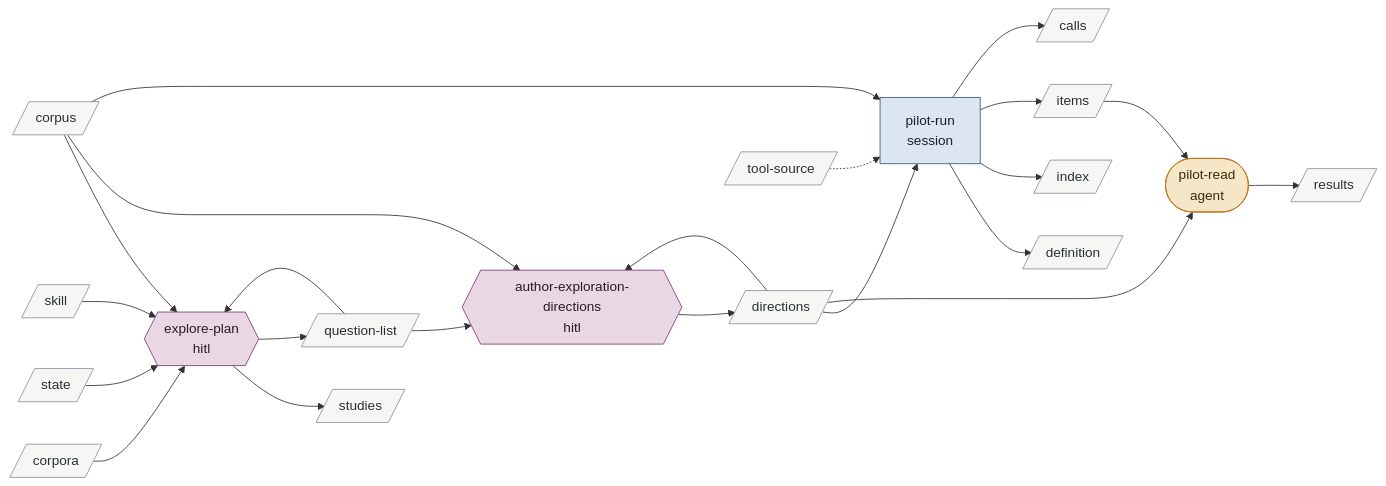
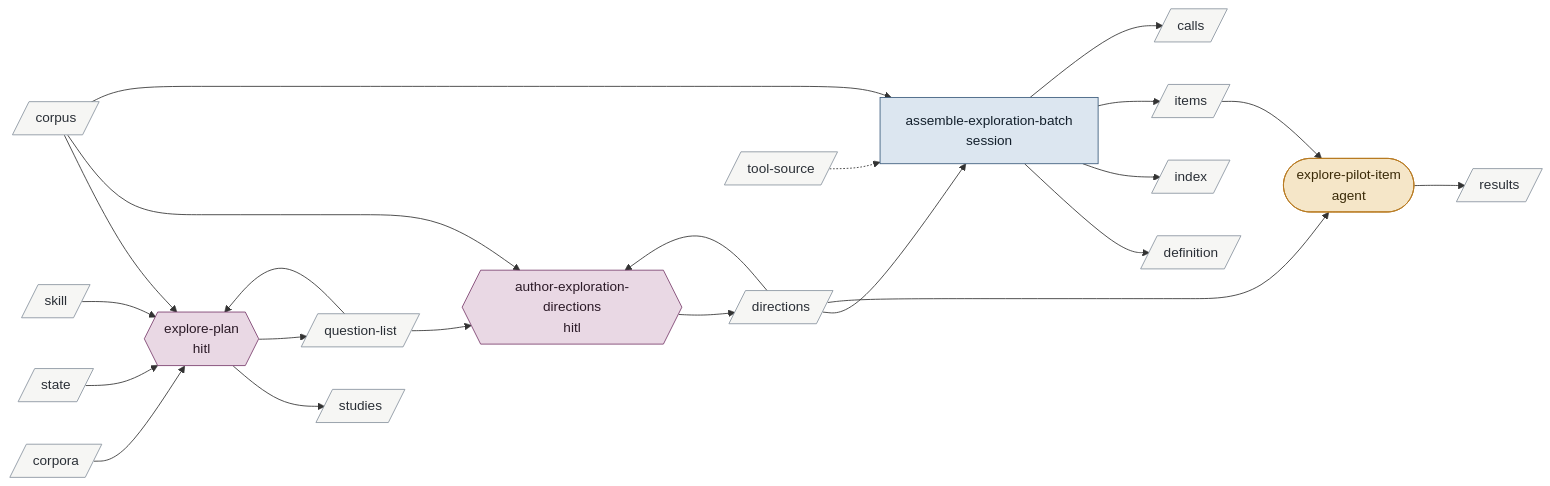
One commit to bc414/StoryPlanner changed diagram 12 of 15 in .claude/skills/v3-buildout-2/map.md. Above: the diagram before and after it, drawn with Mermaid. The commit also changed other lines of this file and 40 other files, not shown here.

````diff
--- a/.claude/skills/v3-buildout-2/map.md
+++ b/.claude/skills/v3-buildout-2/map.md
@@ -487,48 +502,48 @@
 ```mermaid
 flowchart LR
   classDef hitl fill:#e9d8e4,stroke:#7a3e6d,color:#2b1a27
   classDef session fill:#dce6f0,stroke:#3b5b7c,color:#14202c
   classDef agent fill:#f5e6c8,stroke:#b7791f,color:#3a2a08
   classDef artifact fill:#f6f6f4,stroke:#8a94a0,color:#2a2f36
   classDef activity fill:#dcebdd,stroke:#4b7f52,color:#122816
   classDef terminus fill:#e4e4ea,stroke:#5b5b7a,color:#1c1c2c
   exploreplan{{"explore-plan<br/>hitl"}}:::hitl
   authorexplorationdirections{{"author-exploration-directions<br/>hitl"}}:::hitl
-  pilotrun["pilot-run<br/>session"]:::session
-  pilotread(["pilot-read<br/>agent"]):::agent
+  assembleexplorationbatch["assemble-exploration-batch<br/>session"]:::session
+  explorepilotitem(["explore-pilot-item<br/>agent"]):::agent
   calls[/"calls"/]:::artifact
   corpora[/"corpora"/]:::artifact
   corpus[/"corpus"/]:::artifact
   definition[/"definition"/]:::artifact
   directions[/"directions"/]:::artifact
   index[/"index"/]:::artifact
   items[/"items"/]:::artifact
   questionlist[/"question-list"/]:::artifact
   results[/"results"/]:::artifact
   skill[/"skill"/]:::artifact
   state[/"state"/]:::artifact
   studies[/"studies"/]:::artifact
   toolsource[/"tool-source"/]:::artifact
 
   questionlist --> exploreplan
   corpora --> exploreplan
   corpus --> exploreplan
   state --> exploreplan
   skill --> exploreplan
   exploreplan --> studies
   exploreplan --> questionlist
   questionlist --> authorexplorationdirections
   corpus --> authorexplorationdirections
   directions --> authorexplorationdirections
   authorexplorationdirections --> directions
-  directions --> pilotrun
-  corpus --> pilotrun
-  toolsource -.-> pilotrun
-  pilotrun --> definition
-  pilotrun --> index
-  pilotrun --> items
-  pilotrun --> calls
-  directions --> pilotread
-  items --> pilotread
-  pilotread --> results
+  directions --> assembleexplorationbatch
+  corpus --> assembleexplorationbatch
+  toolsource -.-> assembleexplorationbatch
+  assembleexplorationbatch --> definition
+  assembleexplorationbatch --> index
+  assembleexplorationbatch --> items
+  assembleexplorationbatch --> calls
+  directions --> explorepilotitem
+  items --> explorepilotitem
+  explorepilotitem --> results
 ```
````
